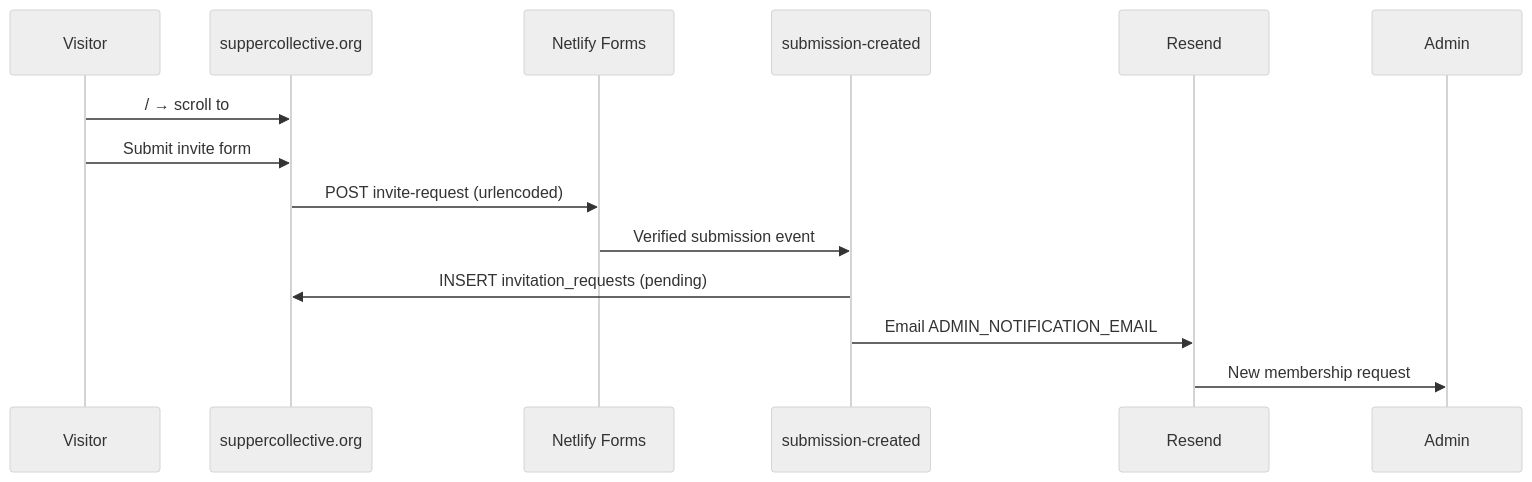
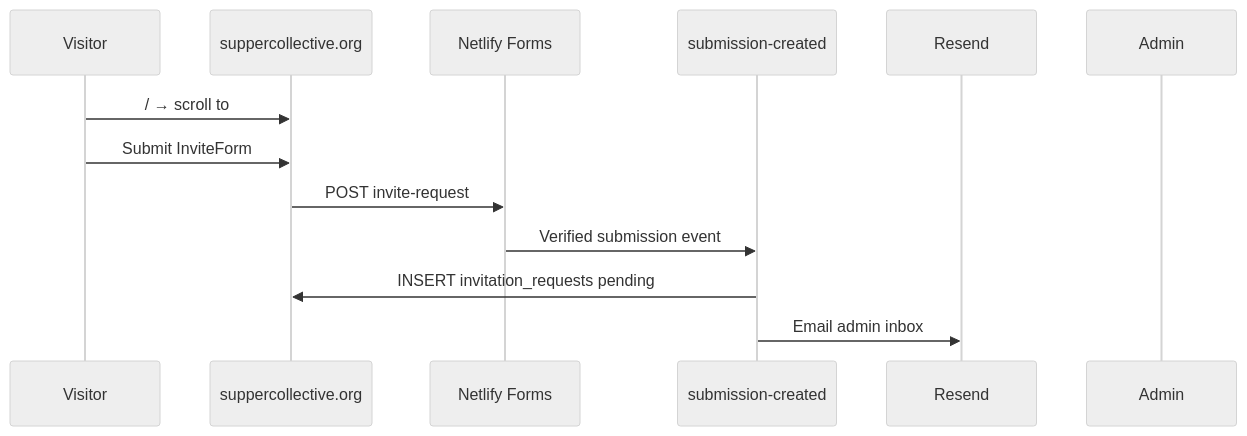
The second of 5 diagrams in docs/sitemap.md (BowHendy/SDSupperClub-site), drawn with Mermaid (neutral theme) before and after one commit. The commit also changed other lines of this file and 43 other files, not shown here.

````diff
--- a/docs/sitemap.md
+++ b/docs/sitemap.md
@@ -186,17 +187,16 @@
 ```mermaid
 sequenceDiagram
   participant Visitor
   participant Site as suppercollective.org
   participant Forms as Netlify Forms
   participant Fn as submission-created
   participant Resend
   participant Admin
 
   Visitor->>Site: / → scroll to #request-invite
-  Visitor->>Site: Submit invite form
-  Site->>Forms: POST invite-request (urlencoded)
+  Visitor->>Site: Submit InviteForm
+  Site->>Forms: POST invite-request
   Forms->>Fn: Verified submission event
-  Fn->>Site: INSERT invitation_requests (pending)
-  Fn->>Resend: Email ADMIN_NOTIFICATION_EMAIL
-  Resend->>Admin: New membership request
+  Fn->>Site: INSERT invitation_requests pending
+  Fn->>Resend: Email admin inbox
 ```
````
